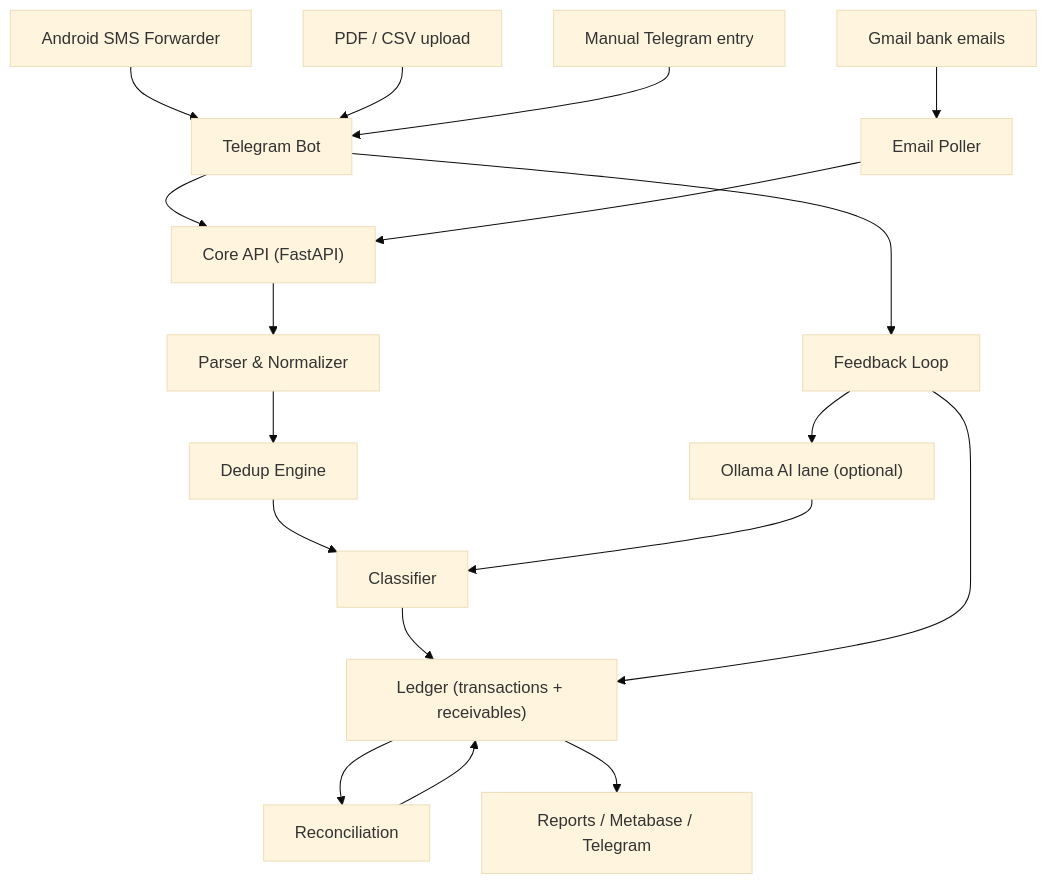
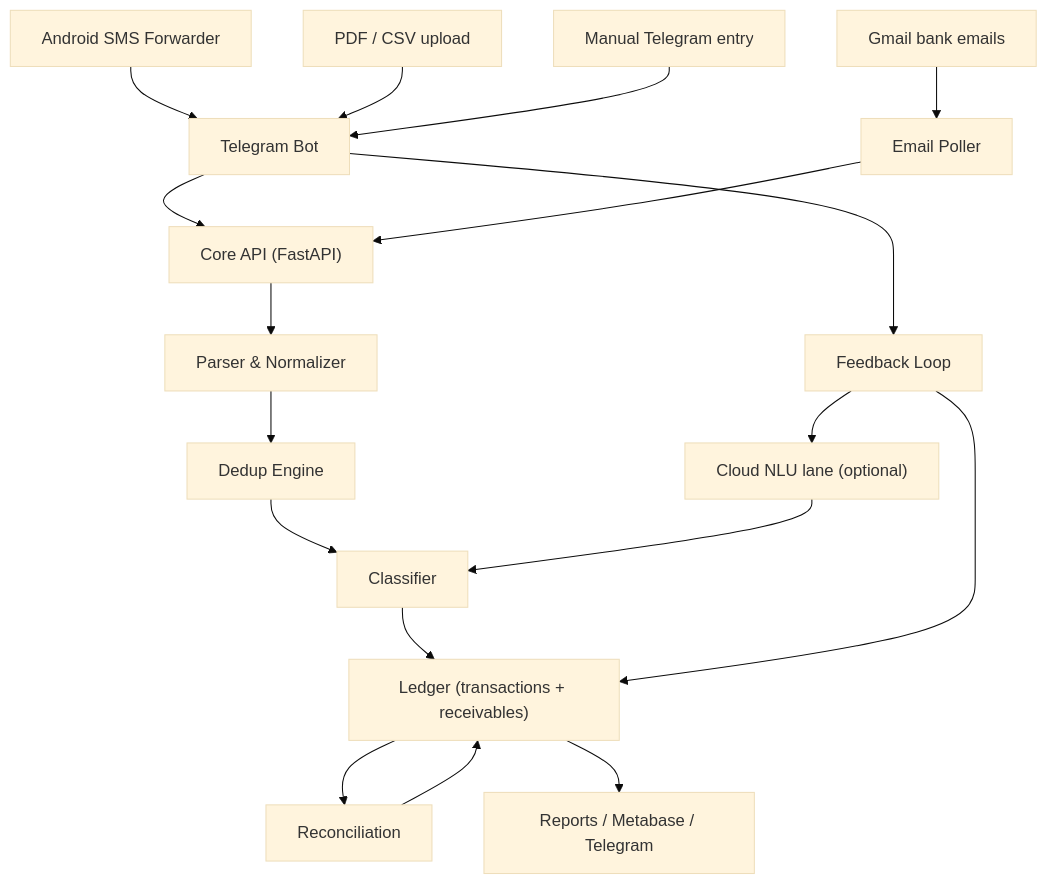
The diagram in docs/FINAL_PLAN.md (SAYAN1917/Personal_Finance_Tracker_AI), drawn with Mermaid (base theme) before and after one commit. The commit also changed other lines of this file, not shown here.

````diff
--- a/docs/FINAL_PLAN.md
+++ b/docs/FINAL_PLAN.md
@@ -24,20 +24,20 @@
 ```mermaid
 graph TD
     A["Android SMS Forwarder"] --> B["Telegram Bot"]
     C["Gmail bank emails"] --> D["Email Poller"]
     E["PDF / CSV upload"] --> B
     G["Manual Telegram entry"] --> B
     B --> H["Core API (FastAPI)"]
     D --> H
     H --> I["Parser & Normalizer"]
     I --> J["Dedup Engine"]
     J --> K["Classifier"]
     K --> L["Ledger (transactions + receivables)"]
     L --> M["Reconciliation"]
     M --> L
     B --> N["Feedback Loop"]
     N --> L
-    N --> O["Ollama AI lane (optional)"]
+    N --> O["Cloud NLU lane (optional)"]
     O --> K
     L --> P["Reports / Metabase / Telegram"]
 ```
````
